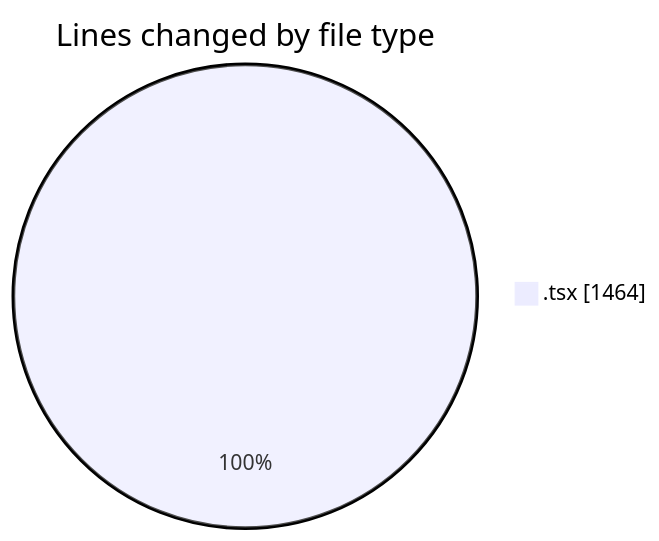
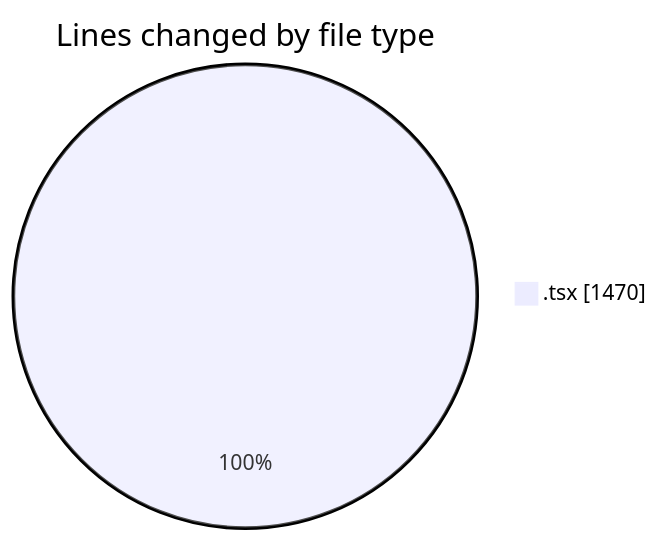
Before and after one commit to julien-gomy/code-tracking: the first of 2 diagrams in 2025-10-10/eventscop-frontend-guide__workspace_/README.md, drawn with Mermaid. The commit also changed other lines of this file and 1 other file, not shown here.

````diff
--- a/2025-10-10/eventscop-frontend-guide__workspace_/README.md
+++ b/2025-10-10/eventscop-frontend-guide__workspace_/README.md
@@ -24,5 +24,5 @@
 ```mermaid
 pie showData
 title Lines changed by file type
-".tsx" : 1464
+".tsx" : 1470
 ```
````
